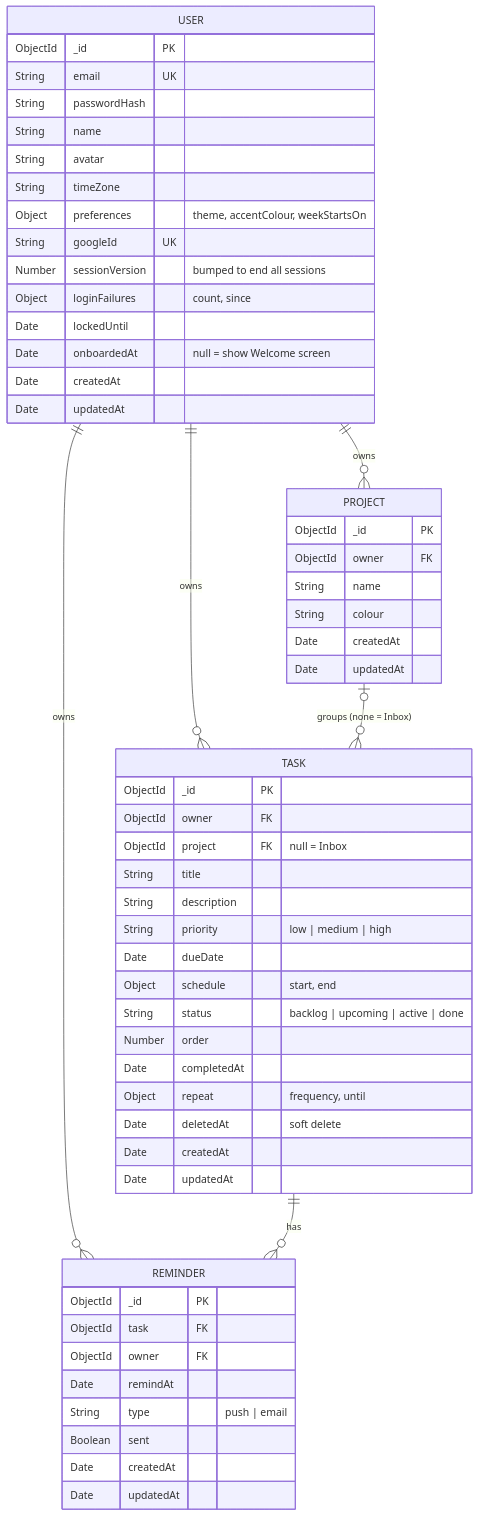
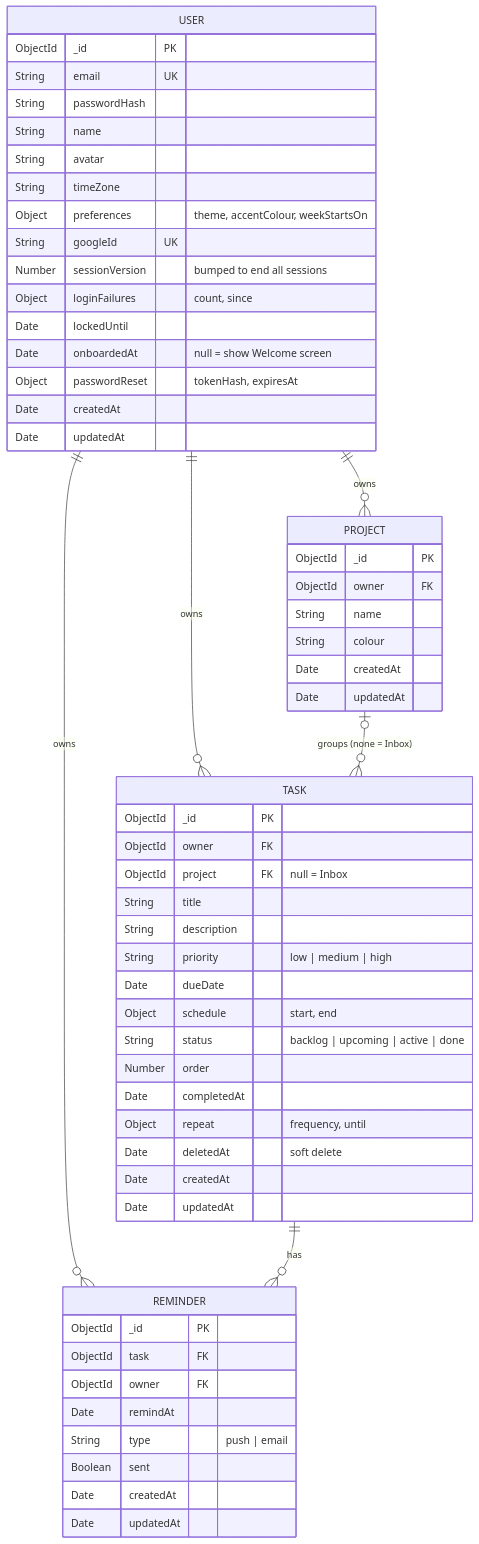
One commit to khang-ngo4444/VCD_Agendal changed the diagram in docs/erd.mmd. Above: the diagram before and after it, drawn with Mermaid. The commit also changed 1 other file, not shown here.

Commit message:
Add single-use password reset tokens to User

```diff
--- a/docs/erd.mmd
+++ b/docs/erd.mmd
@@ -1,60 +1,61 @@
 %% Source for docs/erd.png. Re-render after editing:
 %% npx -y @mermaid-js/mermaid-cli -i docs/erd.mmd -o docs/erd.png -b white -s 2
 erDiagram
     USER ||--o{ PROJECT : owns
     USER ||--o{ TASK : owns
     USER ||--o{ REMINDER : owns
     PROJECT |o--o{ TASK : "groups (none = Inbox)"
     TASK ||--o{ REMINDER : has
 
     USER {
         ObjectId _id PK
         String email UK
         String passwordHash
         String name
         String avatar
         String timeZone
         Object preferences "theme, accentColour, weekStartsOn"
         String googleId UK
         Number sessionVersion "bumped to end all sessions"
         Object loginFailures "count, since"
         Date lockedUntil
         Date onboardedAt "null = show Welcome screen"
+        Object passwordReset "tokenHash, expiresAt"
         Date createdAt
         Date updatedAt
     }
     PROJECT {
         ObjectId _id PK
         ObjectId owner FK
         String name
         String colour
         Date createdAt
         Date updatedAt
     }
     TASK {
         ObjectId _id PK
         ObjectId owner FK
         ObjectId project FK "null = Inbox"
         String title
         String description
         String priority "low | medium | high"
         Date dueDate
         Object schedule "start, end"
         String status "backlog | upcoming | active | done"
         Number order
         Date completedAt
         Object repeat "frequency, until"
         Date deletedAt "soft delete"
         Date createdAt
         Date updatedAt
     }
     REMINDER {
         ObjectId _id PK
         ObjectId task FK
         ObjectId owner FK
         Date remindAt
         String type "push | email"
         Boolean sent
         Date createdAt
         Date updatedAt
     }
```
